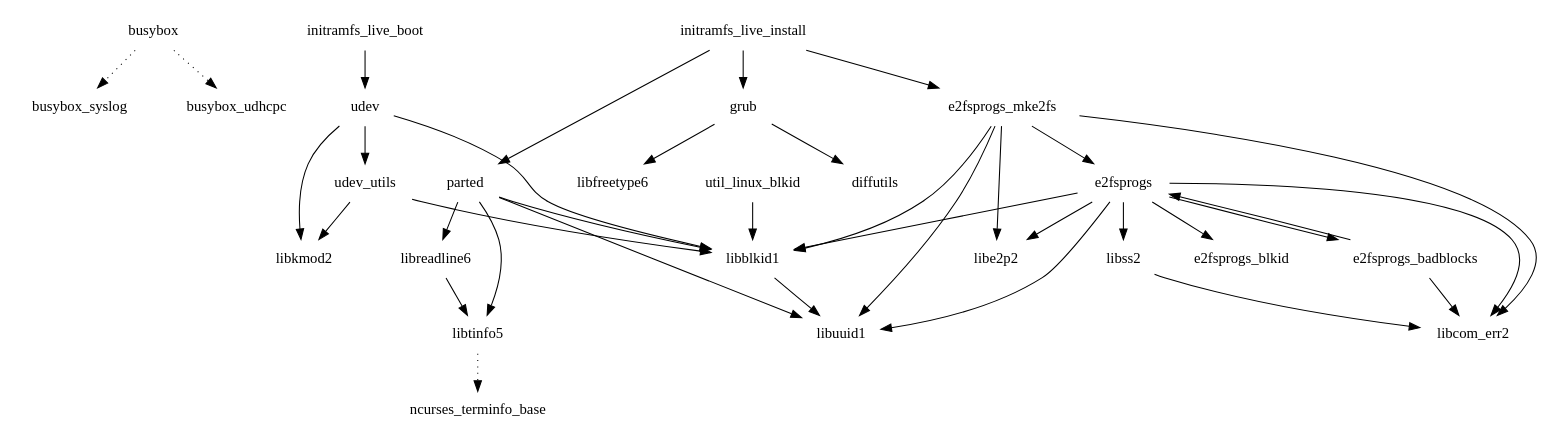
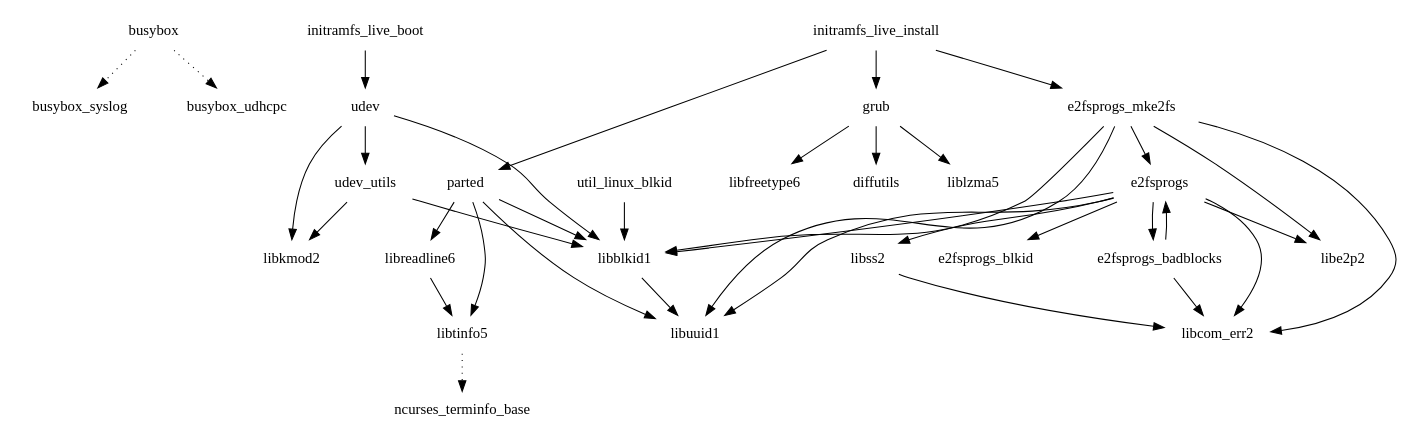
One commit to Angstrom-distribution/buildhistory changed the diagram in images/fri2_noemgd/eglibc/core-image-minimal-initramfs/depends-nokernel-nolibc-noupdate-nomodules.dot. Above: the diagram before and after it, drawn with Graphviz. The commit also changed 1144 other files, not shown here.

```diff
--- a/images/fri2_noemgd/eglibc/core-image-minimal-initramfs/depends-nokernel-nolibc-noupdate-nomodules.dot
+++ b/images/fri2_noemgd/eglibc/core-image-minimal-initramfs/depends-nokernel-nolibc-noupdate-nomodules.dot
@@ -1,39 +1,40 @@
 digraph depends {
     node [shape=plaintext]
 busybox -> busybox_syslog [style=dotted];
 busybox -> busybox_udhcpc [style=dotted];
 e2fsprogs -> libss2;
 e2fsprogs -> libcom_err2;
 e2fsprogs -> libe2p2;
 e2fsprogs -> e2fsprogs_blkid;
 e2fsprogs -> e2fsprogs_badblocks;
 e2fsprogs -> libblkid1;
 e2fsprogs -> libuuid1;
 e2fsprogs_badblocks -> e2fsprogs;
 e2fsprogs_badblocks -> libcom_err2;
 e2fsprogs_mke2fs -> libcom_err2;
 e2fsprogs_mke2fs -> libe2p2;
 e2fsprogs_mke2fs -> e2fsprogs;
 e2fsprogs_mke2fs -> libblkid1;
 e2fsprogs_mke2fs -> libuuid1;
 grub -> diffutils;
+grub -> liblzma5;
 grub -> libfreetype6;
 initramfs_live_boot -> udev;
 initramfs_live_install -> parted;
 initramfs_live_install -> e2fsprogs_mke2fs;
 initramfs_live_install -> grub;
 libblkid1 -> libuuid1;
 libreadline6 -> libtinfo5;
 libss2 -> libcom_err2;
 libtinfo5 -> ncurses_terminfo_base [style=dotted];
 parted -> libreadline6;
 parted -> libtinfo5;
 parted -> libblkid1;
 parted -> libuuid1;
 udev -> libkmod2;
 udev -> libblkid1;
 udev -> udev_utils;
 udev_utils -> libkmod2;
 udev_utils -> libblkid1;
 util_linux_blkid -> libblkid1;
 }
```
